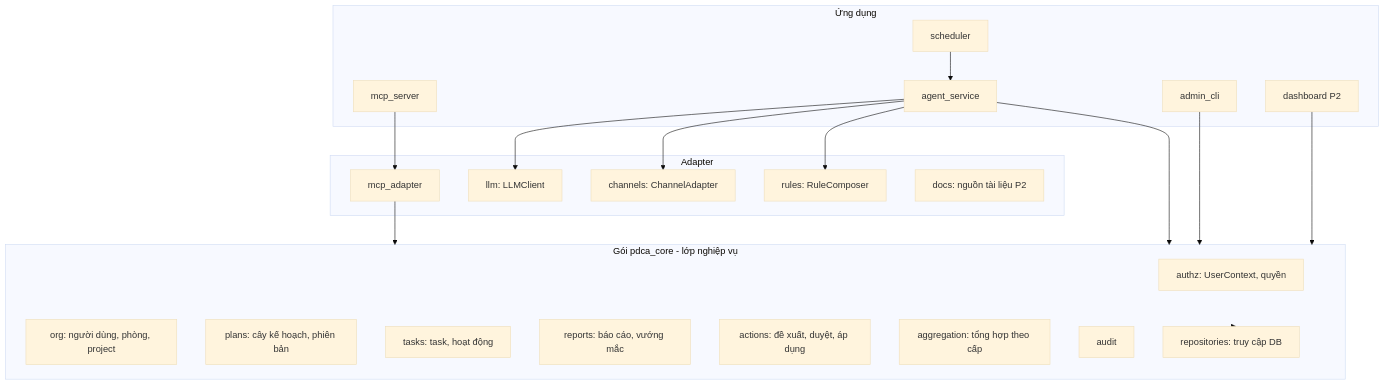
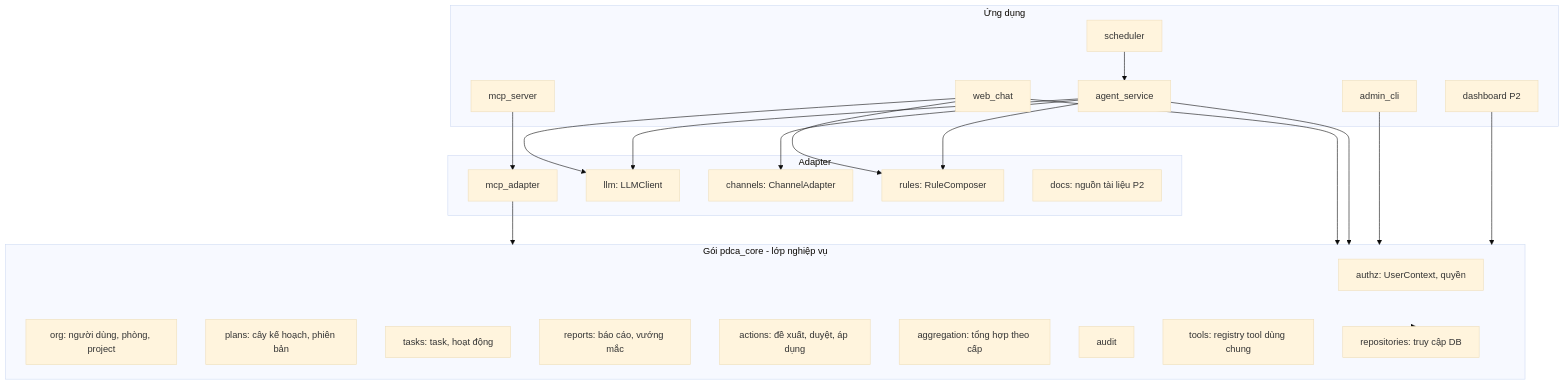
Before and after one commit to langtuananh2424/pdca-system: the first of 7 diagrams in docs/03-SDD.md, drawn with Mermaid (base theme). The commit also changed other lines of this file and 4 other files, not shown here.

First line of the commit message:
docs: v0.2 hai cửa vào song song, một registry tool (ADR-014)

````diff
--- a/docs/03-SDD.md
+++ b/docs/03-SDD.md
@@ -93,37 +93,42 @@
 ```mermaid
 flowchart TB
     subgraph pdca_core[Gói pdca_core - lớp nghiệp vụ]
         AUTHZ[authz: UserContext, quyền]
         ORG[org: người dùng, phòng, project]
         PLAN[plans: cây kế hoạch, phiên bản]
         TASK[tasks: task, hoạt động]
         RPT[reports: báo cáo, vướng mắc]
         ACT[actions: đề xuất, duyệt, áp dụng]
         AGG[aggregation: tổng hợp theo cấp]
         AUD[audit]
+        TOOLS[tools: registry tool dùng chung]
         REPO[repositories: truy cập DB]
     end
     subgraph adapters[Adapter]
         MCPA[mcp_adapter]
         LLMA[llm: LLMClient]
         CHA[channels: ChannelAdapter]
         RULEA[rules: RuleComposer]
         DOCA[docs: nguồn tài liệu P2]
     end
     subgraph apps[Ứng dụng]
+        WEBS[web_chat]
         MCPS[mcp_server]
         AGS[agent_service]
         SCHS[scheduler]
         ADM[admin_cli]
         DSH[dashboard P2]
     end
     MCPS --> MCPA --> pdca_core
+    WEBS --> pdca_core
+    WEBS --> LLMA
+    WEBS --> RULEA
     AGS --> pdca_core
     AGS --> LLMA
     AGS --> CHA
     AGS --> RULEA
     SCHS --> AGS
     ADM --> pdca_core
     DSH --> pdca_core
     pdca_core --> REPO
 ```
````
